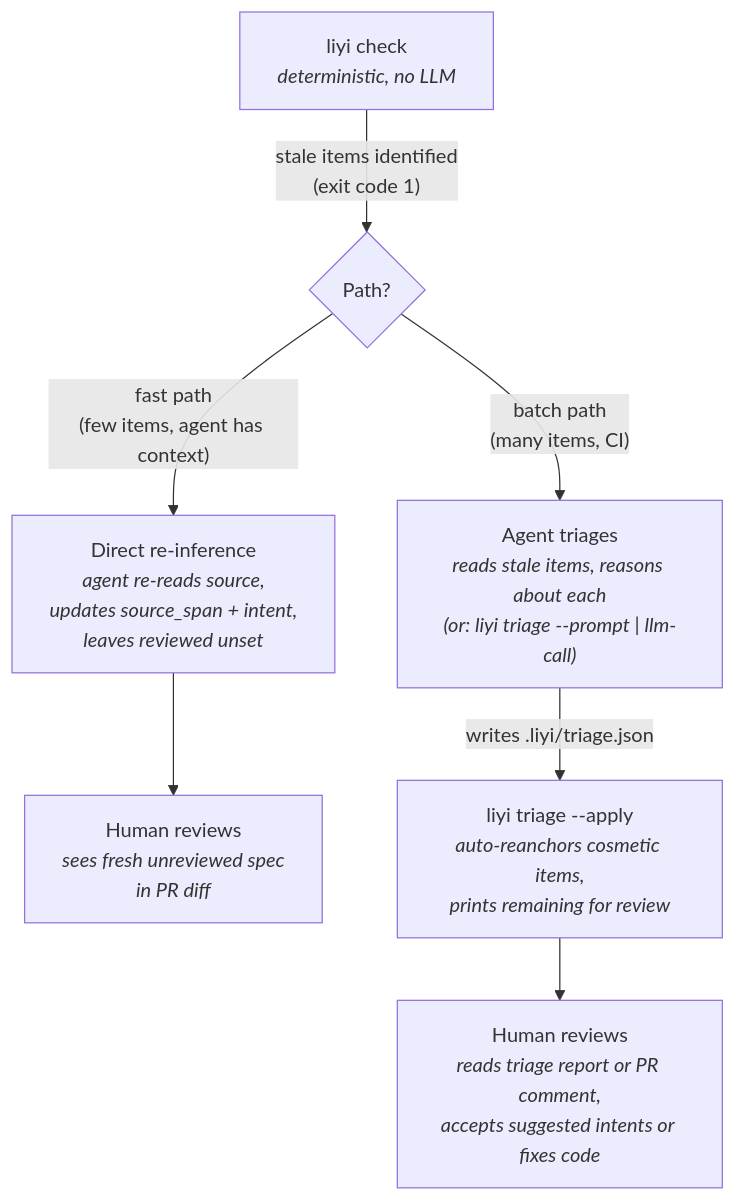
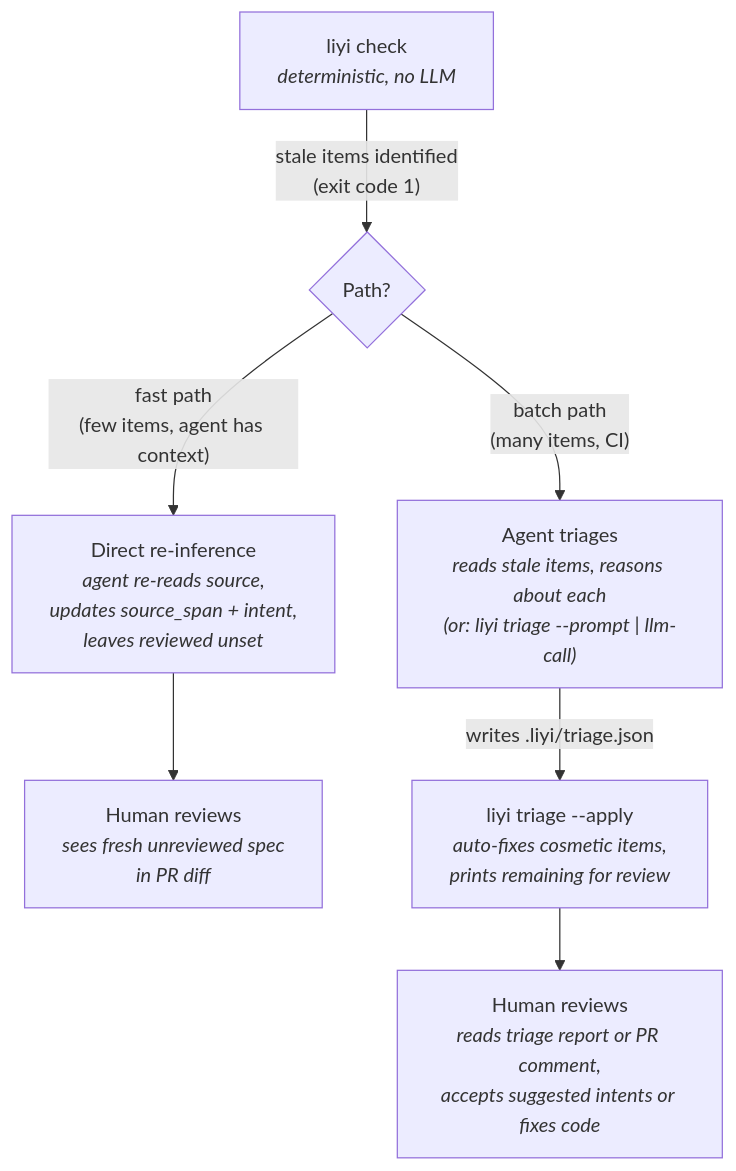
One commit to liyi-run/liyi changed the second of 3 diagrams in docs/liyi-design.md. Above: the diagram before and after it, drawn with Mermaid. The commit also changed other lines of this file and 15 other files, not shown here.

````diff
--- a/docs/liyi-design.md
+++ b/docs/liyi-design.md
@@ -1453,13 +1447,13 @@
 ```mermaid
 flowchart TD
     Check["liyi check<br/><i>deterministic, no LLM</i>"] -- "stale items identified<br/>(exit code 1)" --> Decision{Path?}
 
     %% ── Fast path ──
     Decision -- "fast path<br/>(few items, agent has context)" --> ReInfer["Direct re-inference<br/><i>agent re-reads source,<br/>updates source_span + intent,<br/>leaves reviewed unset</i>"]
     ReInfer --> HumanA["Human reviews<br/><i>sees fresh unreviewed spec<br/>in PR diff</i>"]
 
     %% ── Batch path ──
     Decision -- "batch path<br/>(many items, CI)" --> Triage["Agent triages<br/><i>reads stale items, reasons about each<br/>(or: liyi triage --prompt | llm-call)</i>"]
-    Triage -- "writes .liyi/triage.json" --> Apply["liyi triage --apply<br/><i>auto-reanchors cosmetic items,<br/>prints remaining for review</i>"]
+    Triage -- "writes .liyi/triage.json" --> Apply["liyi triage --apply<br/><i>auto-fixes cosmetic items,<br/>prints remaining for review</i>"]
     Apply --> HumanB["Human reviews<br/><i>reads triage report or PR comment,<br/>accepts suggested intents or fixes code</i>"]
 ```
````
